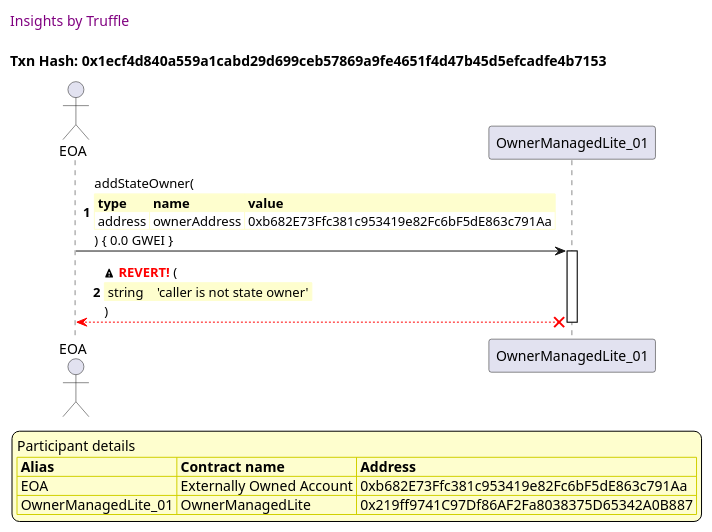
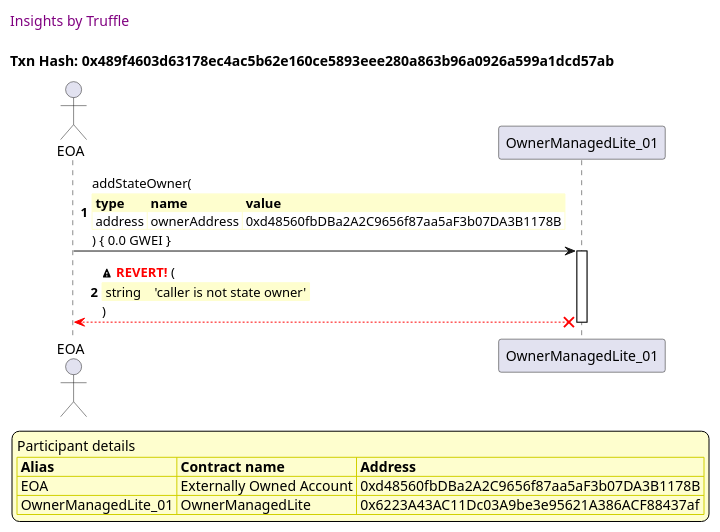
Before and after one commit to thedarkjester/ConsensysAssignment: the sixth of 26 diagrams in truffle-seq/OwnerManagedLite_test_add_owner.md, drawn with PlantUML. The commit also changed other lines of this file and 13 other files, not shown here.

````diff
--- a/truffle-seq/OwnerManagedLite_test_add_owner.md
+++ b/truffle-seq/OwnerManagedLite_test_add_owner.md
@@ -247,43 +247,43 @@
 ```plantuml
 
 
 @startuml
 
 autonumber
 skinparam legendBackgroundColor #FEFECE
 
 <style>
       header {
         HorizontalAlignment left
         FontColor purple
         FontSize 14
         Padding 10
       }
     </style>
 
 header Insights by Truffle
 
-title Txn Hash: 0x1ecf4d840a559a1cabd29d699ceb57869a9fe4651f4d47b45d5efcadfe4b7153
+title Txn Hash: 0x489f4603d63178ec4ac5b62e160ce5893eee280a863b96a0926a599a1dcd57ab
 
 
 actor EOA as "EOA"
 participant OwnerManagedLite_01 as "OwnerManagedLite_01"
 
 "EOA" -> "OwnerManagedLite_01" ++: addStateOwner(\n\
 <#FEFECE,#FEFECE>|= type |= name |= value |\n\
-| address | ownerAddress | 0xb682E73Ffc381c953419e82Fc6bF5dE863c791Aa |\n\
+| address | ownerAddress | 0xd48560fbDBa2A2C9656f87aa5aF3b07DA3B1178B |\n\
 ) { 0.0 GWEI }
 "OwnerManagedLite_01" x-[#red]-> "EOA" --: <&warning> <color #red>**REVERT!**</color> (\n\
 <#FEFECE,#FEFECE>| string |  | 'caller is not state owner' |\n\
 )
 deactivate "OwnerManagedLite_01"
 
 legend
 Participant details
 <#FEFECE,#D0D000>|= Alias |= Contract name |= Address |
-<#FEFECE>| EOA | Externally Owned Account | 0xb682E73Ffc381c953419e82Fc6bF5dE863c791Aa |
-<#FEFECE>| OwnerManagedLite_01 | OwnerManagedLite | 0x219ff9741C97Df86AF2Fa8038375D65342A0B887 |
+<#FEFECE>| EOA | Externally Owned Account | 0xd48560fbDBa2A2C9656f87aa5aF3b07DA3B1178B |
+<#FEFECE>| OwnerManagedLite_01 | OwnerManagedLite | 0x6223A43AC11Dc03A9be3e95621A386ACF88437af |
 endlegend
 
 @enduml
 ```
````
